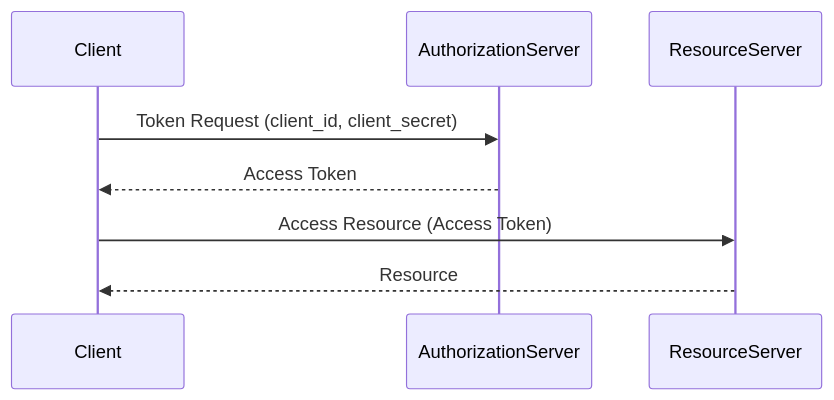
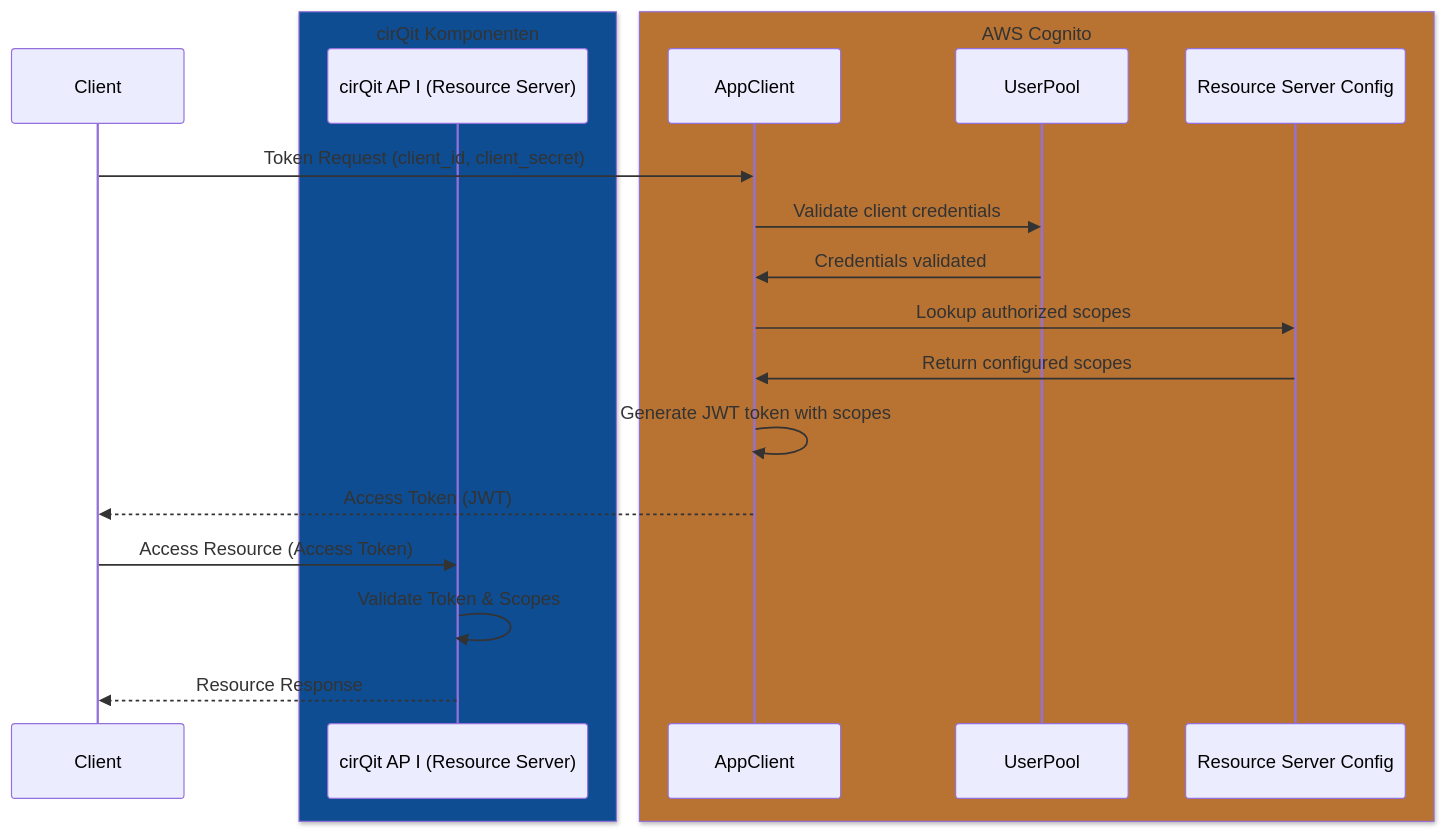
The diagram in example/client-credentials-flow/README.md (the-cirqit-editor/cirqit-openAPI), drawn with Mermaid before and after one commit. The commit also changed other lines of this file and 6 other files, not shown here.

Commit message:
CIR-590 document all authentication flows with mermaid

````diff
--- a/example/client-credentials-flow/README.md
+++ b/example/client-credentials-flow/README.md
@@ -7,11 +7,25 @@
 ```mermaid
 sequenceDiagram
     participant Client
-    participant AuthorizationServer
-    participant ResourceServer
 
-    Client->>AuthorizationServer: Token Request (client_id, client_secret)
-    AuthorizationServer-->>Client: Access Token
-    Client->>ResourceServer: Access Resource (Access Token)
-    ResourceServer-->>Client: Resource
+    box rgb(15, 77, 146)  cirQit Komponenten
+        participant API as cirQit AP I (Resource Server)
+    end
+
+    box rgb(184, 115, 51)  AWS Cognito
+    participant AppClient
+        participant UserPool
+        participant ScopeConfig as Resource Server Config
+    end
+
+    Client->>AppClient: Token Request (client_id, client_secret)
+    AppClient->>UserPool: Validate client credentials
+    UserPool->>AppClient: Credentials validated
+    AppClient->>ScopeConfig: Lookup authorized scopes
+    ScopeConfig->>AppClient: Return configured scopes
+    AppClient->>AppClient: Generate JWT token with scopes
+    AppClient-->>Client: Access Token (JWT)
+    Client->>API: Access Resource (Access Token)
+    API->>API: Validate Token & Scopes
+    API-->>Client: Resource Response
 ```
````
